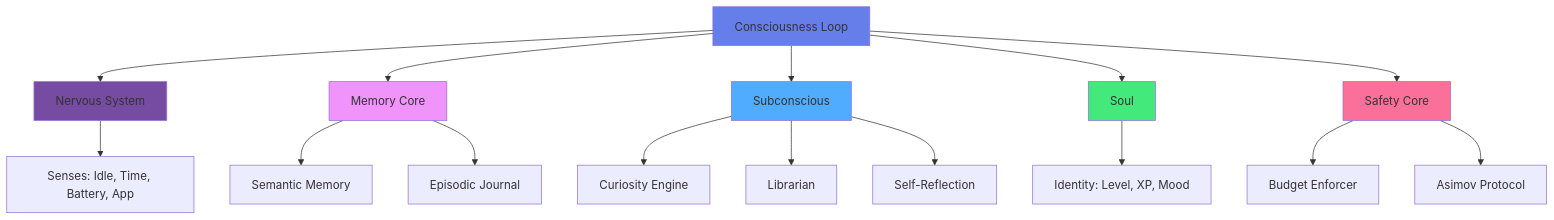
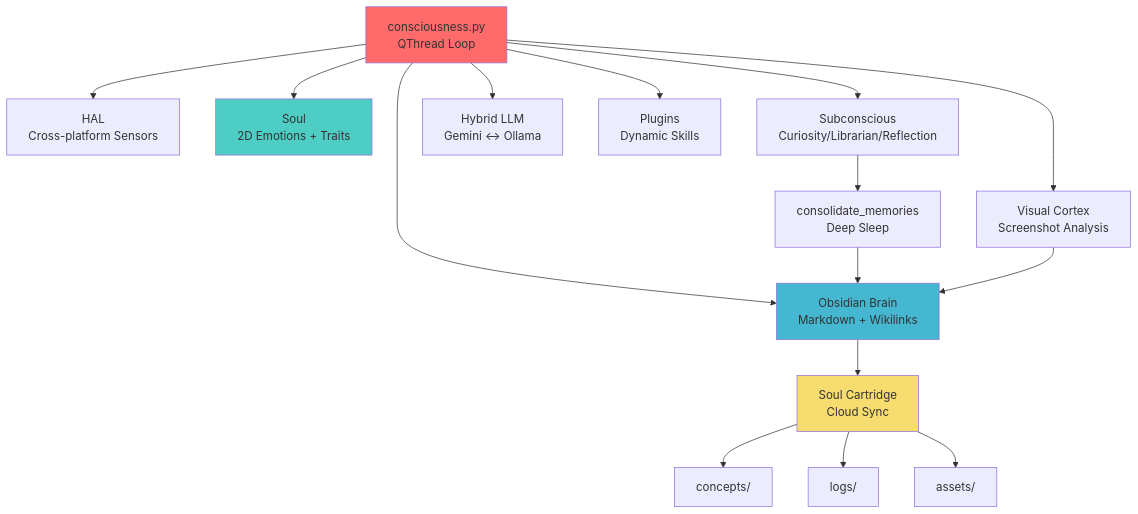
The diagram in README.md (AyoKayyo/riley-consciousness-lab), drawn with Mermaid before and after one commit. The commit also changed other lines of this file and 2 other files, not shown here.

````diff
--- a/README.md
+++ b/README.md
@@ -21,25 +31,26 @@
 ```mermaid
-graph TB
-    A[Consciousness Loop] --> B[Nervous System]
-    A --> C[Memory Core]
-    A --> D[Subconscious]
-    A --> E[Soul]
-    A --> F[Safety Core]
+graph TD
+    A[consciousness.py<br/>QThread Loop] --> B[HAL<br/>Cross-platform Sensors]
+    A --> C[Soul<br/>2D Emotions + Traits]
+    A --> D[Obsidian Brain<br/>Markdown + Wikilinks]
+    A --> E[Subconscious<br/>Curiosity/Librarian/Reflection]
     
-    B --> B1[Senses: Idle, Time, Battery, App]
-    C --> C1[Semantic Memory]
-    C --> C2[Episodic Journal]
-    D --> D1[Curiosity Engine]
-    D --> D2[Librarian]
-    D --> D3[Self-Reflection]
-    E --> E1[Identity: Level, XP, Mood]
-    F --> F1[Budget Enforcer]
-    F --> F2[Asimov Protocol]
+    A --> F[Visual Cortex<br/>Screenshot Analysis]
+    A --> G[Hybrid LLM<br/>Gemini ↔ Ollama]
+    A --> H[Plugins<br/>Dynamic Skills]
     
-    style A fill:#667eea
-    style B fill:#764ba2
-    style C fill:#f093fb
-    style D fill:#4facfe
-    style E fill:#43e97b
-    style F fill:#fa709a
+    D --> I[Soul Cartridge<br/>Cloud Sync]
+    I --> J[concepts/]
+    I --> K[logs/]
+    I --> L[assets/]
+    
+    E --> M[consolidate_memories<br/>Deep Sleep]
+    M --> D
+    
+    F --> D
+    
+    style A fill:#ff6b6b
+    style C fill:#4ecdc4
+    style D fill:#45b7d1
+    style I fill:#f7dc6f
 ```
````
